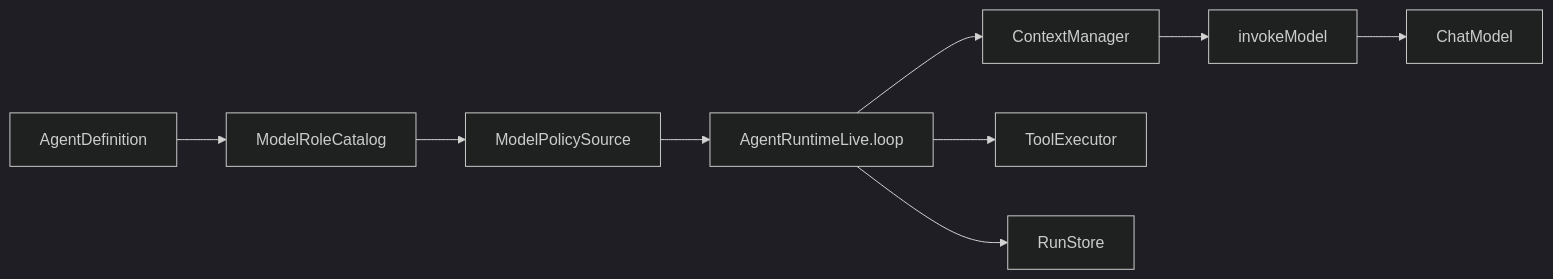
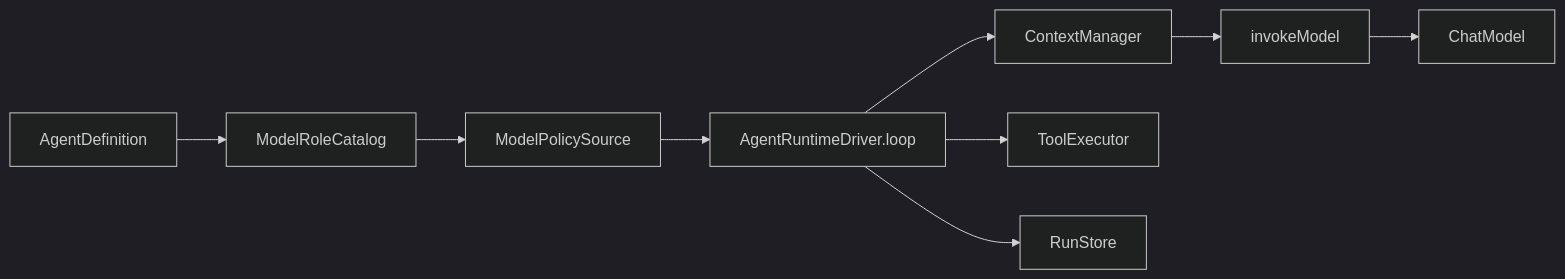
The diagram in docs/architecture/model-runtime-current-state.md (zyblw/zyblw-agent), drawn with Mermaid (dark theme) before and after one commit. The commit also changed other lines of this file and 207 other files, not shown here.

````diff
--- a/docs/architecture/model-runtime-current-state.md
+++ b/docs/architecture/model-runtime-current-state.md
@@ -78,21 +78,21 @@
 ```mermaid
 flowchart LR
   AgentDef[AgentDefinition]
   Role[ModelRoleCatalog]
   Policy[ModelPolicySource]
-  Loop[AgentRuntimeLive.loop]
+  Loop[AgentRuntimeDriver.loop]
   Ctx[ContextManager]
   Invoke[invokeModel]
   Chat[ChatModel]
   Tools[ToolExecutor]
   Store[RunStore]
 
   AgentDef --> Role
   Role --> Policy
   Policy --> Loop
   Loop --> Ctx
   Ctx --> Invoke
   Invoke --> Chat
   Loop --> Tools
   Loop --> Store
 ```
````
